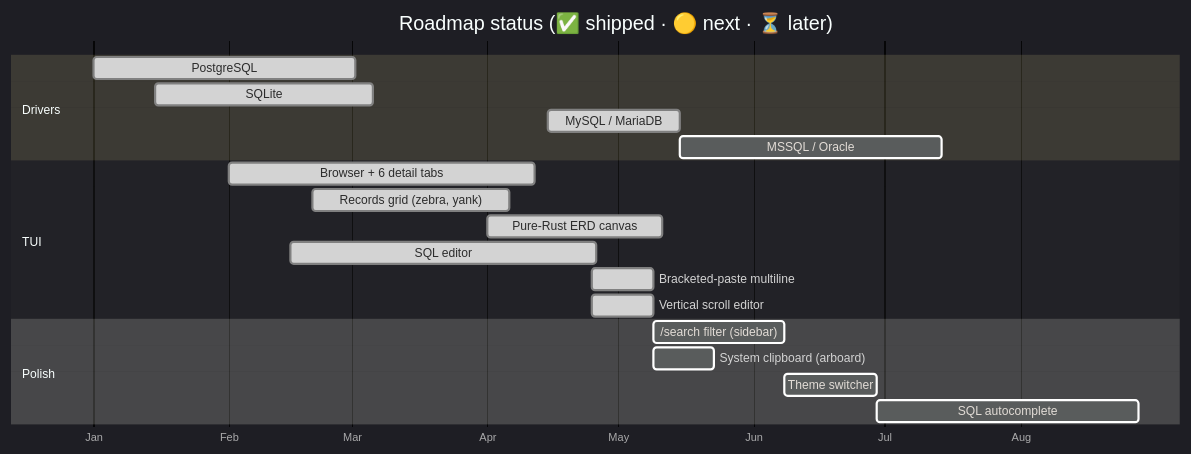
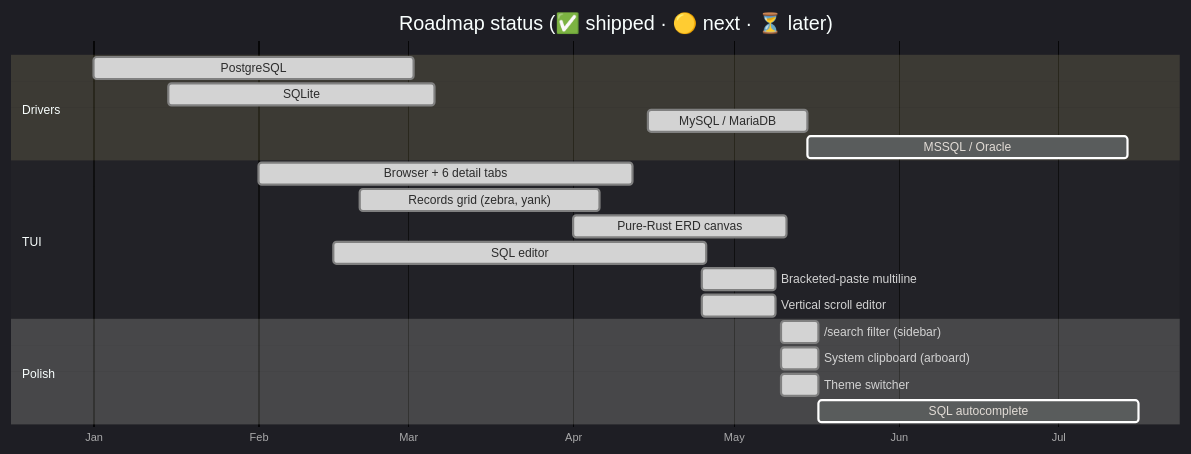
One commit to nt2311-vn/tsql changed the first of 7 diagrams in README.md. Above: the diagram before and after it, drawn with Mermaid. The commit also changed other lines of this file, not shown here.

First line of the commit message:
docs: update README for theme switcher, / filter, and clipboard

````diff
--- a/README.md
+++ b/README.md
@@ -19,24 +19,24 @@
 ```mermaid
 %%{init: {"theme": "dark"}}%%
 gantt
     title Roadmap status (✅ shipped · 🟡 next · ⏳ later)
     dateFormat  YYYY-MM-DD
     axisFormat  %b
     section Drivers
     PostgreSQL                  :done,    pg,   2026-01-01, 60d
     SQLite                      :done,    sl,   2026-01-15, 50d
     MySQL / MariaDB             :done,    my,   2026-04-15, 30d
     MSSQL / Oracle              :         ms,   after my, 60d
     section TUI
     Browser + 6 detail tabs     :done,    br,   2026-02-01, 70d
     Records grid (zebra, yank)  :done,    rg,   2026-02-20, 45d
     Pure-Rust ERD canvas        :done,    erd,  2026-04-01, 40d
     SQL editor                  :done,    ed,   2026-02-15, 70d
     Bracketed-paste multiline   :done,    bp,   2026-04-25, 14d
     Vertical scroll editor      :done,    vs,   2026-04-25, 14d
     section Polish
-    /search filter (sidebar)    :         sf,   after vs, 30d
-    System clipboard (arboard)  :         cb,   after vs, 14d
-    Theme switcher              :         th,   after sf, 21d
+    /search filter (sidebar)    :done,    sf,   2026-05-10, 7d
+    System clipboard (arboard)  :done,    cb,   2026-05-10, 7d
+    Theme switcher              :done,    th,   2026-05-10, 7d
     SQL autocomplete            :         ac,   after th, 60d
 ```
````
